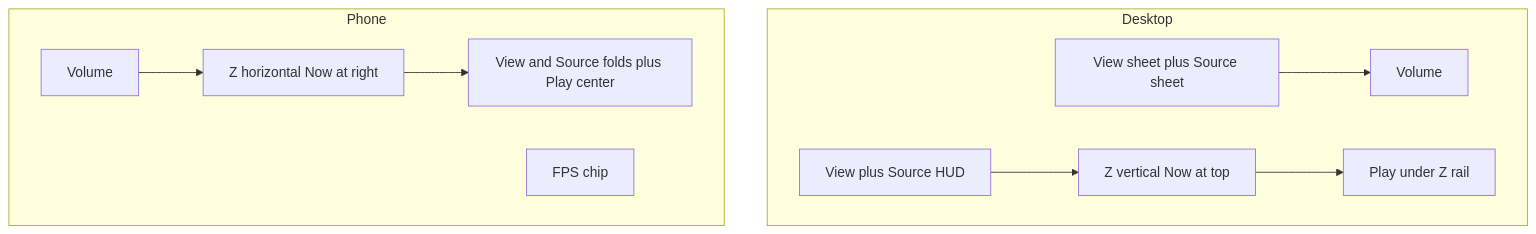
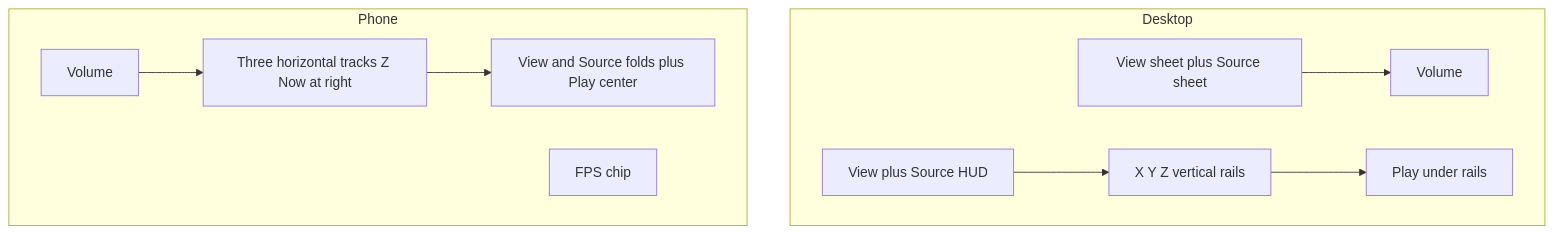
Before and after one commit to PiMaV/DONNER: diagram 19 of 27 in architecture.md, drawn with Mermaid. The commit also changed other lines of this file and 27 other files, not shown here.

````diff
--- a/architecture.md
+++ b/architecture.md
@@ -425,21 +478,21 @@
 ```mermaid
 flowchart TB
   subgraph desktop [Desktop]
     sheetD[View sheet plus Source sheet]
     volD[Volume]
     hudD[View plus Source HUD]
-    zD[Z vertical Now at top]
-    playD[Play under Z rail]
+    zD[X Y Z vertical rails]
+    playD[Play under rails]
     sheetD --> volD
     hudD --> zD
     zD --> playD
   end
   subgraph phone [Phone]
     volP[Volume]
-    zP[Z horizontal Now at right]
+    zP[Three horizontal tracks Z Now at right]
     barP[View and Source folds plus Play center]
     chipP[FPS chip]
     volP --> zP
     zP --> barP
   end
 ```
````
